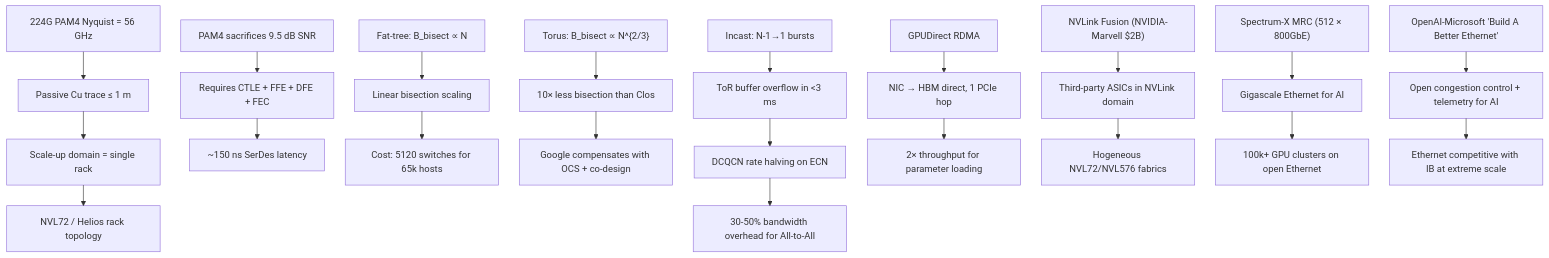
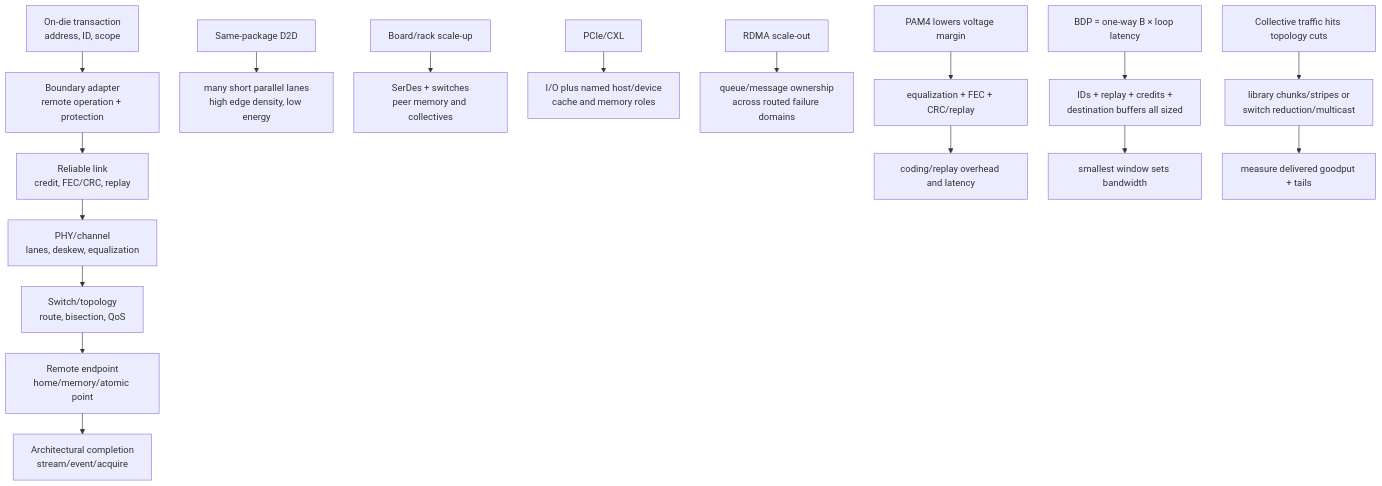
One commit to Wty2003328/ai_infra_intro changed the tenth of 10 diagrams in L4_Systems_and_Interconnects/01_Networking_and_Interconnect.md. Above: the diagram before and after it, drawn with Mermaid. The commit also changed other lines of this file and 3 other files, not shown here.

Commit message:
Expand inter-chip fabric architecture

````diff
--- a/L4_Systems_and_Interconnects/01_Networking_and_Interconnect.md
+++ b/L4_Systems_and_Interconnects/01_Networking_and_Interconnect.md
@@ -738,32 +883,24 @@
 ```mermaid
 %%{init: {"flowchart": {"defaultRenderer": "elk", "nodeSpacing": 60, "rankSpacing": 60, "htmlLabels": false}}}%%
 flowchart TD
-    A["224G PAM4 Nyquist = 56 GHz"] --> B["Passive Cu trace ≤ 1 m"]
-    B --> C["Scale-up domain = single rack"]
-    C --> D["NVL72 / Helios rack topology"]
+    A["On-die transaction<br/>address, ID, scope"] --> B["Boundary adapter<br/>remote operation + protection"]
+    B --> C["Reliable link<br/>credit, FEC/CRC, replay"]
+    C --> D["PHY/channel<br/>lanes, deskew, equalization"]
+    D --> E["Switch/topology<br/>route, bisection, QoS"]
+    E --> F["Remote endpoint<br/>home/memory/atomic point"]
+    F --> G["Architectural completion<br/>stream/event/acquire"]
 
-    E["PAM4 sacrifices 9.5 dB SNR"] --> F["Requires CTLE + FFE + DFE + FEC"]
-    F --> G["~150 ns SerDes latency"]
+    H["Same-package D2D"] --> I["many short parallel lanes<br/>high edge density, low energy"]
+    J["Board/rack scale-up"] --> K["SerDes + switches<br/>peer memory and collectives"]
+    L["PCIe/CXL"] --> M["I/O plus named host/device<br/>cache and memory roles"]
+    N["RDMA scale-out"] --> O["queue/message ownership<br/>across routed failure domains"]
 
-    H["Fat-tree: B_bisect ∝ N"] --> I["Linear bisection scaling"]
-    I --> J["Cost: 5120 switches for 65k hosts"]
+    P["PAM4 lowers voltage margin"] --> Q["equalization + FEC + CRC/replay"]
+    Q --> R["coding/replay overhead and latency"]
 
-    K["Torus: B_bisect ∝ N^{2/3}"] --> L["10× less bisection than Clos"]
-    L --> M["Google compensates with OCS + co-design"]
+    S["BDP = one-way B × loop latency"] --> T["IDs + replay + credits +<br/>destination buffers all sized"]
+    T --> U["smallest window sets bandwidth"]
 
-    N["Incast: N-1→1 bursts"] --> O["ToR buffer overflow in <3 ms"]
-    O --> P["DCQCN rate halving on ECN"]
-    P --> Q["30-50% bandwidth overhead for All-to-All"]
-
-    R["GPUDirect RDMA"] --> S["NIC → HBM direct, 1 PCIe hop"]
-    S --> T["2× throughput for parameter loading"]
-
-    U["NVLink Fusion (NVIDIA-Marvell $2B)"] --> V["Third-party ASICs in NVLink domain"]
-    V --> W["Hogeneous NVL72/NVL576 fabrics"]
-
-    X["Spectrum-X MRC (512 × 800GbE)"] --> Y["Gigascale Ethernet for AI"]
-    Y --> Z["100k+ GPU clusters on open Ethernet"]
-
-    AA["OpenAI-Microsoft 'Build A Better Ethernet'"] --> BB["Open congestion control + telemetry for AI"]
-    BB --> CC["Ethernet competitive with IB at extreme scale"]
+    V["Collective traffic hits topology cuts"] --> W["library chunks/stripes or<br/>switch reduction/multicast"]
+    W --> X["measure delivered goodput + tails"]
 ```
````
